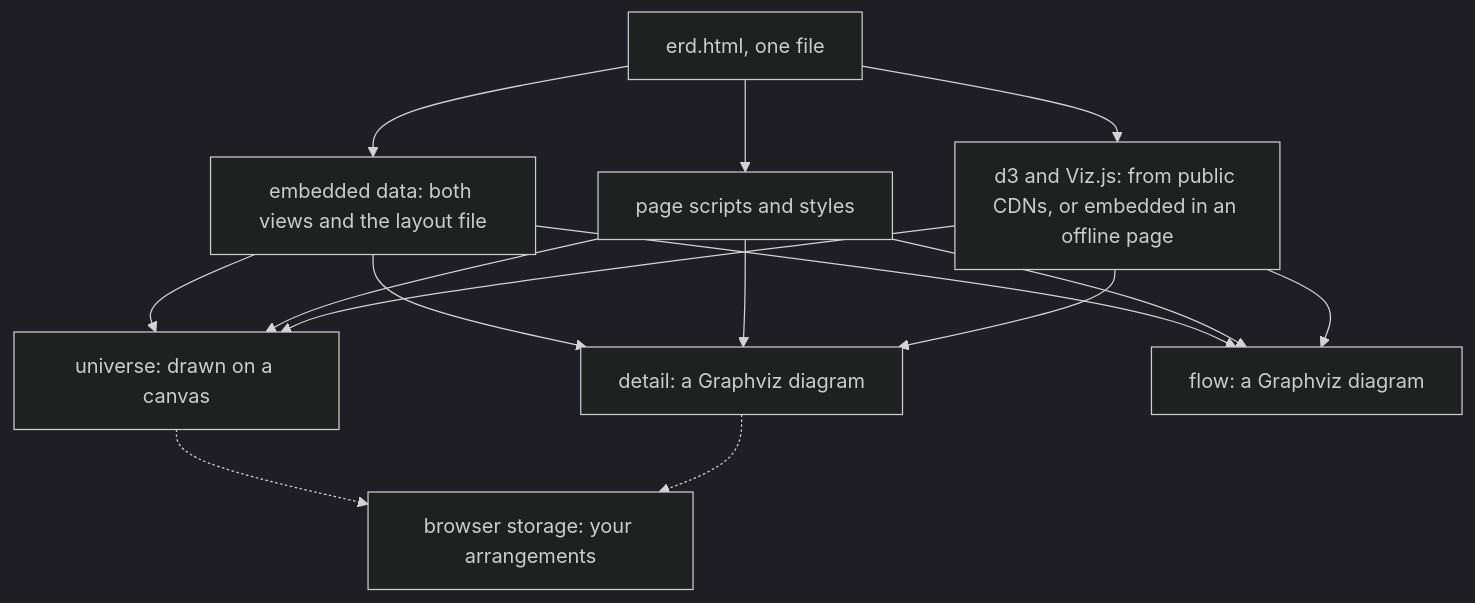
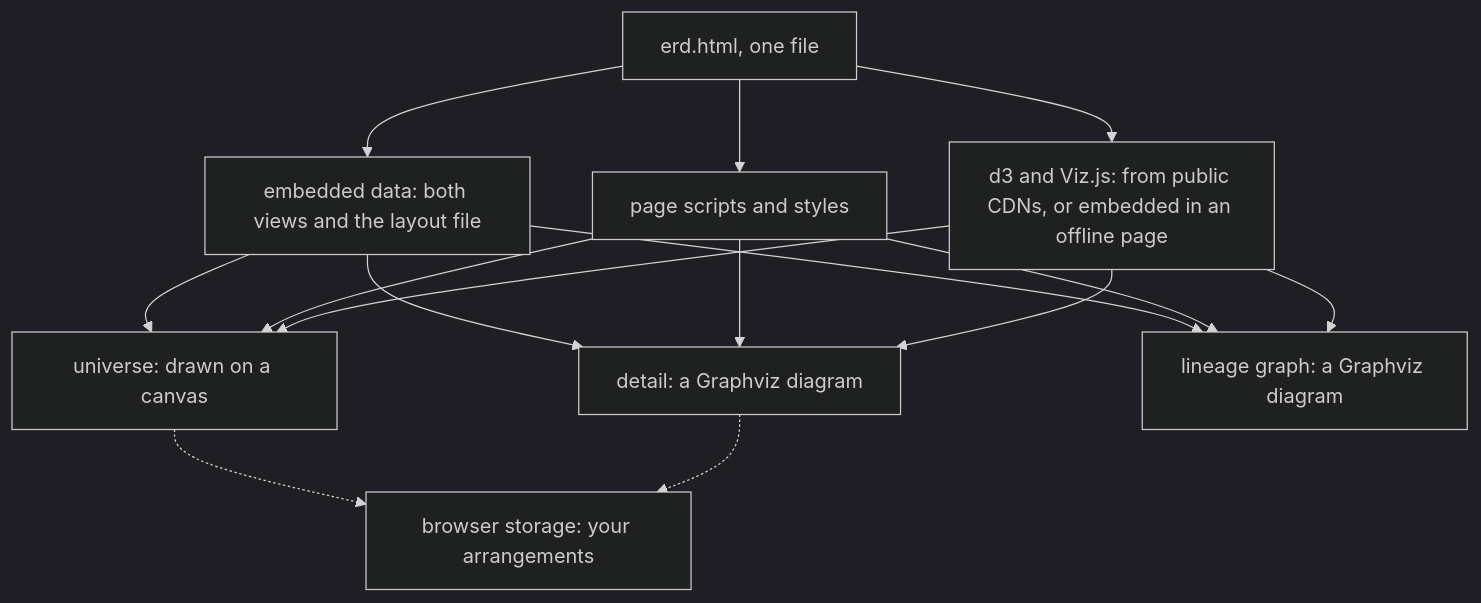
The sixth of 8 diagrams in docs/how-it-works.md (christophebnx/dbtscope), drawn with Mermaid (dark theme) before and after one commit. The commit also changed other lines of this file and 7 other files, not shown here.

````diff
--- a/docs/how-it-works.md
+++ b/docs/how-it-works.md
@@ -140,17 +140,17 @@
 ```mermaid
 flowchart TD
     H["erd.html, one file"] --> DATA["embedded data: both views and the layout file"]
     H --> SC["page scripts and styles"]
     H --> LIB["d3 and Viz.js: from public CDNs, or embedded in an offline page"]
     DATA --> U["universe: drawn on a canvas"]
     DATA --> DV["detail: a Graphviz diagram"]
-    DATA --> FL["flow: a Graphviz diagram"]
+    DATA --> FL["lineage graph: a Graphviz diagram"]
     SC --> U
     SC --> DV
     SC --> FL
     LIB --> U
     LIB --> DV
     LIB --> FL
     U -.-> LS["browser storage: your arrangements"]
     DV -.-> LS
 ```
````
